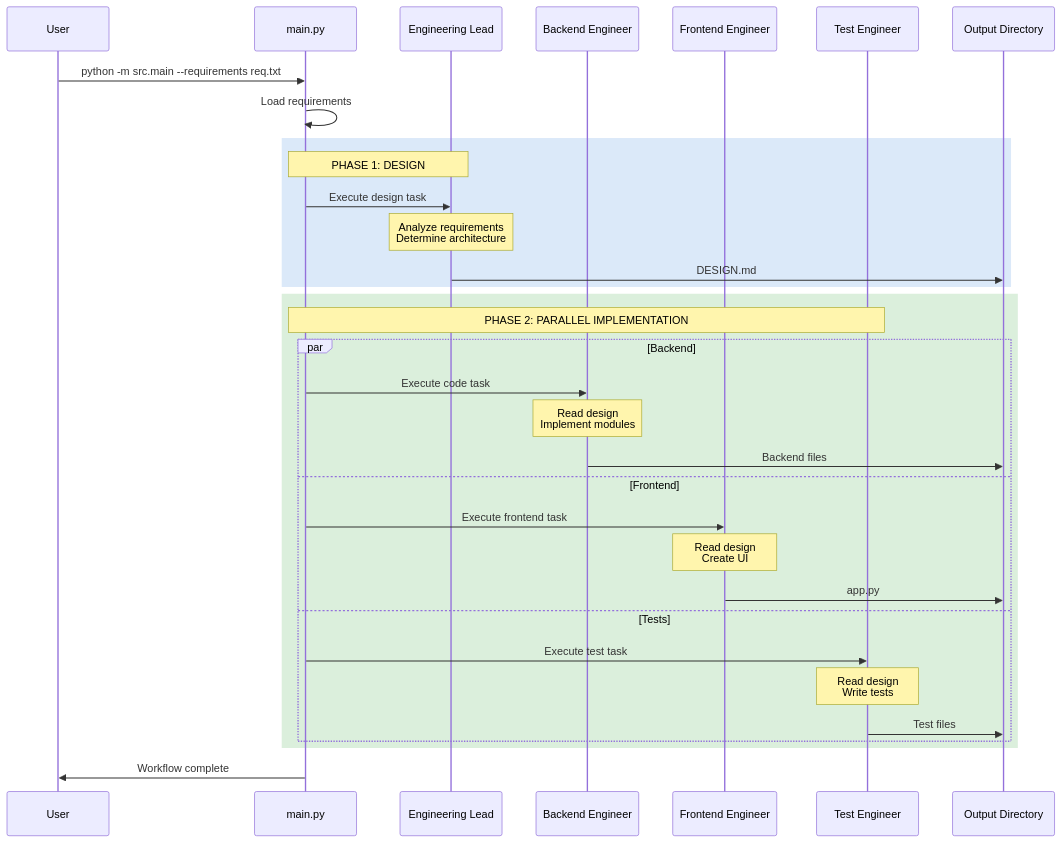
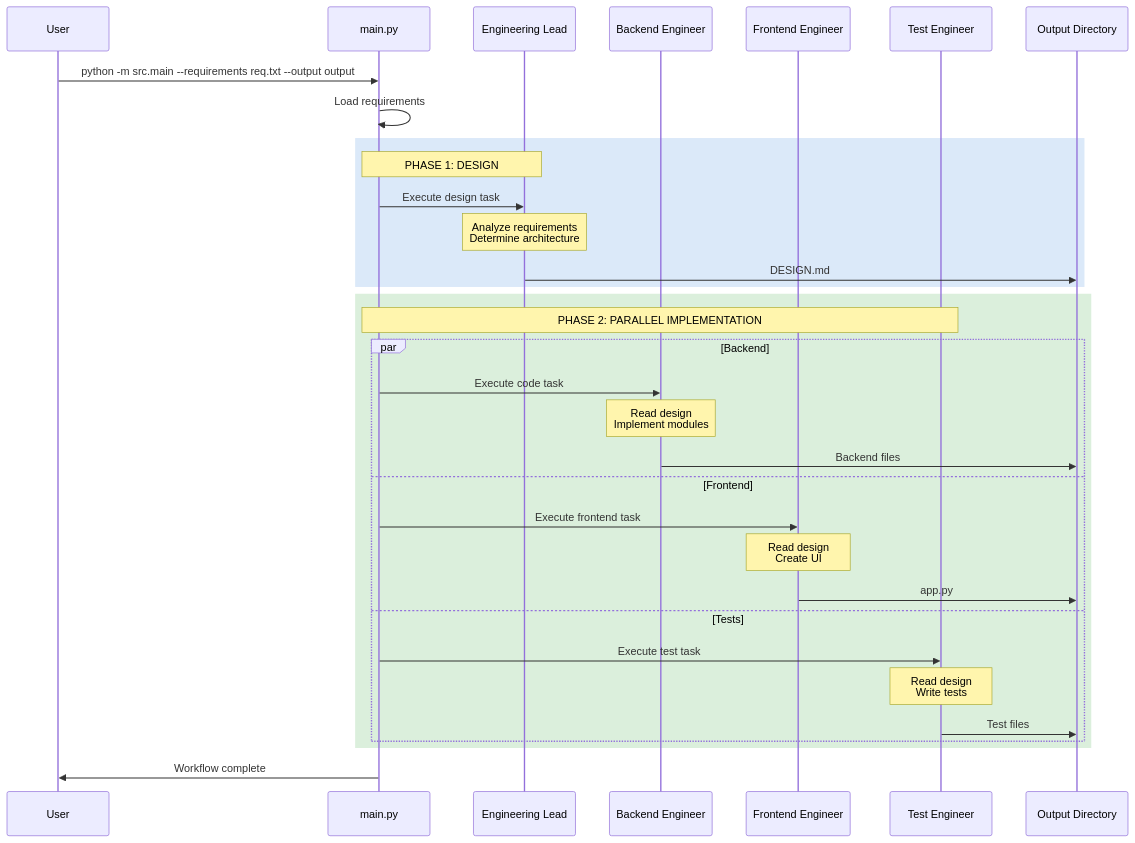
One commit to hmunjuluri05/engineering-team changed the second of 2 diagrams in README.md. Above: the diagram before and after it, drawn with Mermaid. The commit also changed other lines of this file and 5 other files, not shown here.

````diff
--- a/README.md
+++ b/README.md
@@ -82,40 +82,40 @@
 ```mermaid
 sequenceDiagram
     participant User
     participant CLI as main.py
     participant Lead as Engineering Lead
     participant Back as Backend Engineer
     participant Front as Frontend Engineer
     participant Test as Test Engineer
     participant OUT as Output Directory
 
-    User->>CLI: python -m src.main --requirements req.txt
+    User->>CLI: python -m src.main --requirements req.txt --output output
     CLI->>CLI: Load requirements
 
     rect rgba(74, 144, 226, 0.2)
     Note over CLI,Lead: PHASE 1: DESIGN
     CLI->>Lead: Execute design task
     Note over Lead: Analyze requirements<br/>Determine architecture
     Lead->>OUT: DESIGN.md
     end
 
     rect rgba(76, 175, 80, 0.2)
     Note over CLI,Test: PHASE 2: PARALLEL IMPLEMENTATION
 
     par Backend
         CLI->>Back: Execute code task
         Note over Back: Read design<br/>Implement modules
         Back->>OUT: Backend files
     and Frontend
         CLI->>Front: Execute frontend task
         Note over Front: Read design<br/>Create UI
         Front->>OUT: app.py
     and Tests
         CLI->>Test: Execute test task
         Note over Test: Read design<br/>Write tests
         Test->>OUT: Test files
     end
     end
 
     CLI->>User: Workflow complete
 ```
````
